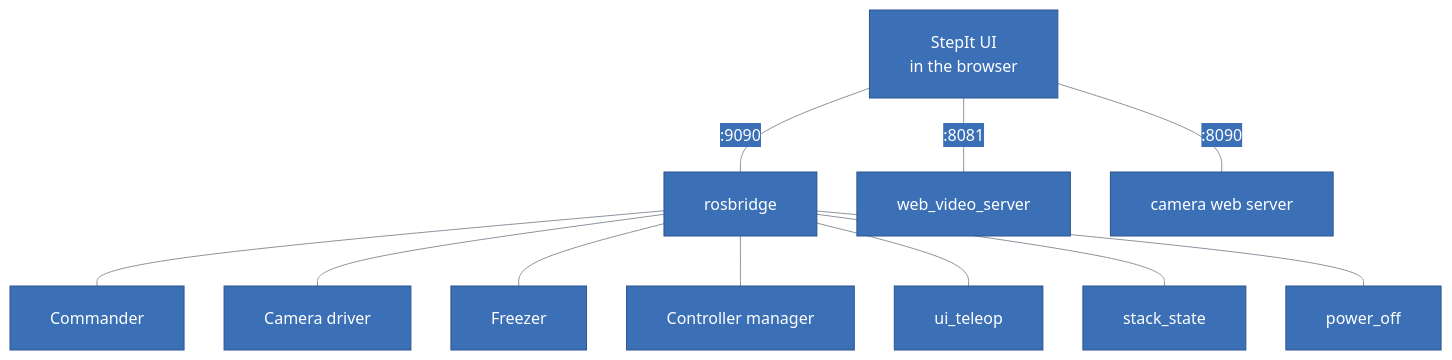
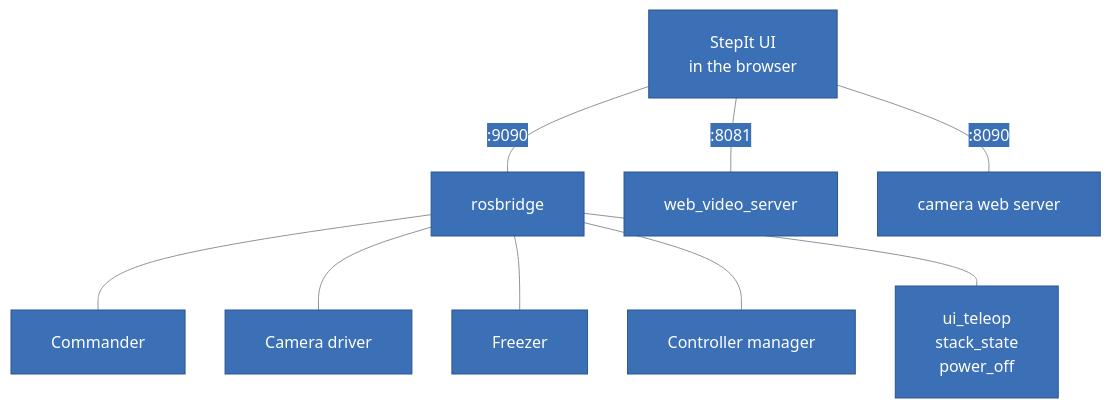
Before and after one commit to kineticsystem/stepit-macro: the first of 5 diagrams in ui/docs/ARCHITECTURE.md, drawn with Mermaid. The commit also changed other lines of this file and 2 other files, not shown here.

First line of the commit message:
Review the system at cf03a80; the rig's architecture document

````diff
--- a/ui/docs/ARCHITECTURE.md
+++ b/ui/docs/ARCHITECTURE.md
@@ -38,70 +38,68 @@
 ```mermaid
 ---
 config:
   theme: base
   themeCSS: ".edgeLabel p { padding: 4px 10px; }"
   flowchart:
     padding: 20
     nodeSpacing: 40
     rankSpacing: 50
   class:
     padding: 16
   sequence:
     boxMargin: 12
     boxTextMargin: 8
     noteMargin: 28
     messageMargin: 40
     actorMargin: 60
     labelBoxWidth: 56
     labelBoxHeight: 28
   themeVariables:
     primaryColor: "#3b6fb6"
     primaryTextColor: "#ffffff"
     primaryBorderColor: "#2c5590"
     lineColor: "#8b949e"
     textColor: "#4d86d6"
     actorBkg: "#3b6fb6"
     actorBorder: "#2c5590"
     actorTextColor: "#ffffff"
     actorLineColor: "#8b949e"
     signalColor: "#8b949e"
     signalTextColor: "#4d86d6"
     noteBkgColor: "#3b6fb6"
     noteTextColor: "#ffffff"
     noteBorderColor: "#2c5590"
     secondaryColor: "#3b6fb6"
     tertiaryColor: "#3b6fb6"
     clusterBkg: "transparent"
     clusterBorder: "#8b949e"
     titleColor: "#4d86d6"
     edgeLabelBackground: "#3b6fb6"
     classText: "#ffffff"
     labelBoxBkgColor: "#3b6fb6"
     labelBoxBorderColor: "#2c5590"
     labelTextColor: "#ffffff"
     loopTextColor: "#4d86d6"
     mainBkg: "#3b6fb6"
     nodeBorder: "#2c5590"
     nodeTextColor: "#ffffff"
     secondaryBorderColor: "#2c5590"
     secondaryTextColor: "#ffffff"
     tertiaryBorderColor: "#2c5590"
     tertiaryTextColor: "#ffffff"
     errorBkgColor: "#3b6fb6"
     errorTextColor: "#ffffff"
 ---
 flowchart TB
     Page["StepIt UI<br/>in the browser"]
     Page -- ":9090" --- Bridge["rosbridge"]
     Page -- ":8081" --- Video["web_video_server"]
     Page -- ":8090" --- Web["camera web server"]
     Bridge --- Commander["Commander"]
     Bridge --- Camera["Camera driver"]
     Bridge --- Freezer["Freezer"]
     Bridge --- CM["Controller manager"]
-    Bridge --- Teleop["ui_teleop"]
-    Bridge --- State["stack_state"]
-    Bridge --- Power["power_off"]
+    Bridge --- Programs["ui_teleop<br/>stack_state<br/>power_off"]
 
     classDef default fill:#3b6fb6,stroke:#2c5590,color:#ffffff
 ```
````
